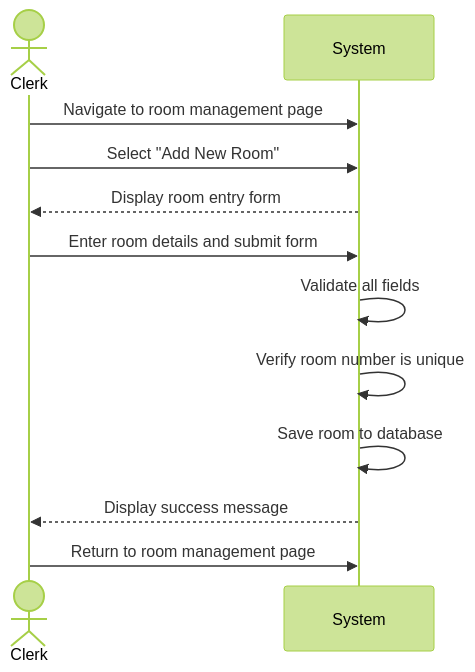
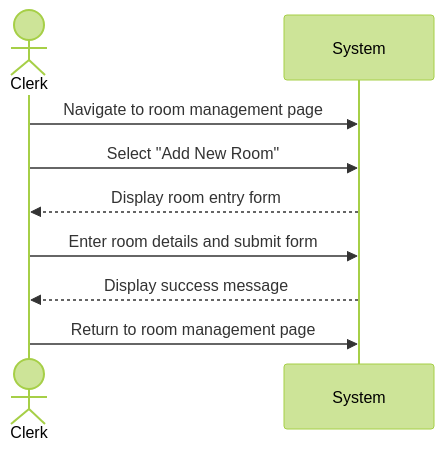
The diagram in Documentation/User-Cases/HotelClerkAddRoom.md (JaceYar/Software1-Proj), drawn with Mermaid (forest theme) before and after one commit. The commit also changed 17 other files, not shown here.

````diff
--- a/Documentation/User-Cases/HotelClerkAddRoom.md
+++ b/Documentation/User-Cases/HotelClerkAddRoom.md
@@ -11,15 +11,12 @@
 ```mermaid
 sequenceDiagram
     actor Clerk
     participant System
 
     Clerk->>System: Navigate to room management page
     Clerk->>System: Select "Add New Room"
     System-->>Clerk: Display room entry form
     Clerk->>System: Enter room details and submit form
-    System->>System: Validate all fields
-    System->>System: Verify room number is unique
-    System->>System: Save room to database
     System-->>Clerk: Display success message
     Clerk->>System: Return to room management page
 ```
````
